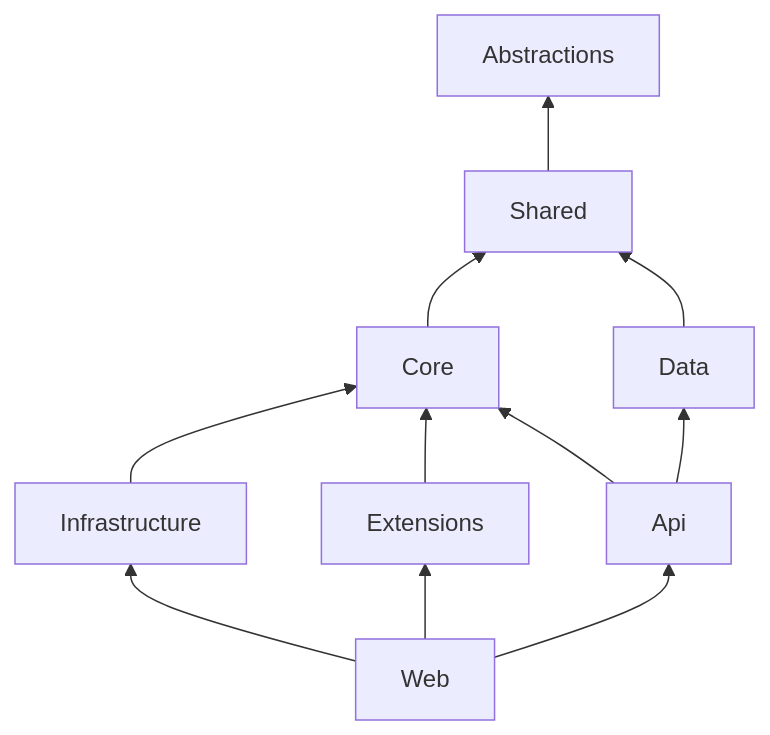
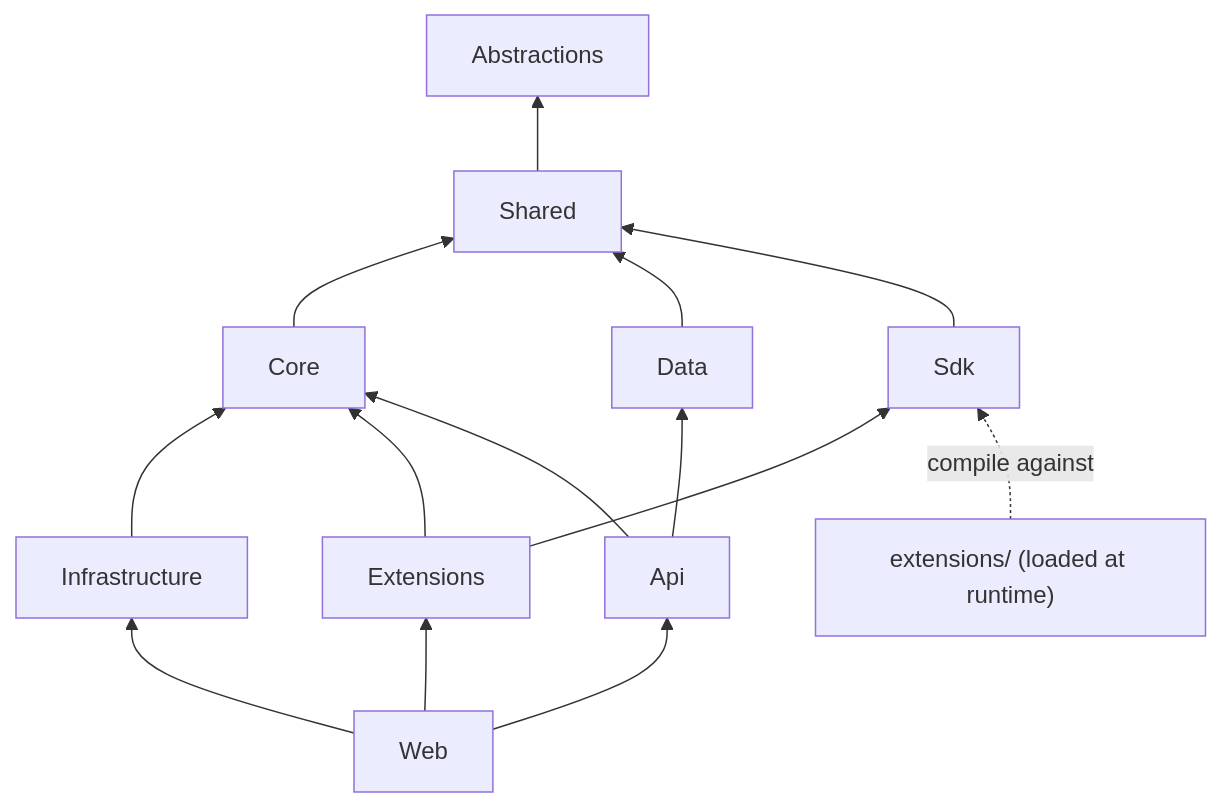
The diagram in .docs/architecture/overview.md (Albadit/DotNetForge), drawn with Mermaid before and after one commit. The commit also changed other lines of this file and 454 other files, not shown here.

````diff
--- a/.docs/architecture/overview.md
+++ b/.docs/architecture/overview.md
@@ -45,11 +48,14 @@
 ```mermaid
 flowchart BT
     Shared --> Abstractions
     Core --> Shared
     Data --> Shared
     Infrastructure --> Core
+    Sdk --> Shared
     Extensions --> Core
+    Extensions --> Sdk
     Api --> Core
     Api --> Data
     Web["Web"] --> Api & Extensions & Infrastructure
+    UserExt["extensions/ (loaded at runtime)"] -. compile against .-> Sdk
 ```
````
